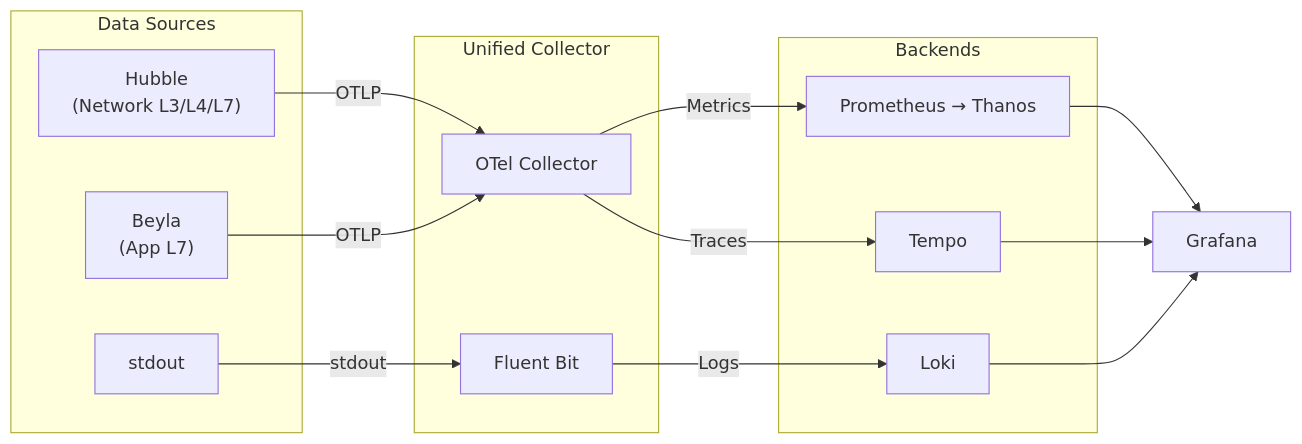
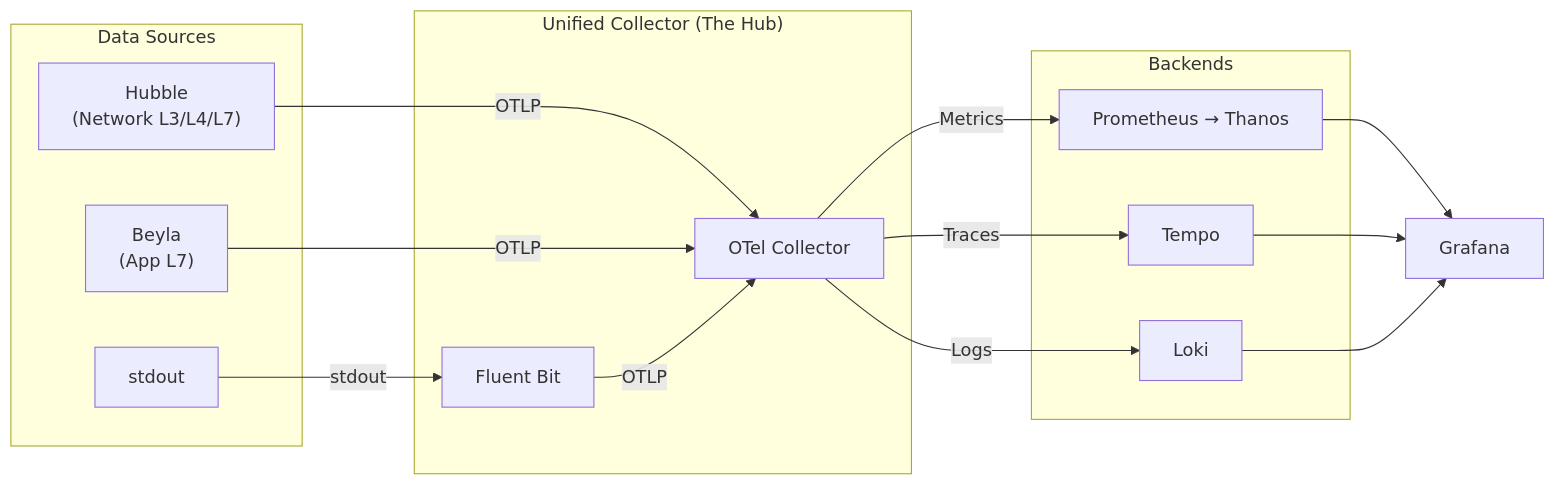
Before and after one commit to panicboat/platform: the second of 3 diagrams in kubernetes/README.md, drawn with Mermaid. The commit also changed other lines of this file and 9 other files, not shown here.

Commit message:
refactor(kubernetes): fluent-bit -> otel-collector -> loki

````diff
--- a/kubernetes/README.md
+++ b/kubernetes/README.md
@@ -70,31 +71,33 @@
 ```mermaid
 flowchart LR
     subgraph Sources["Data Sources"]
         H["Hubble<br/>(Network L3/L4/L7)"]
         B["Beyla<br/>(App L7)"]
         L["stdout"]
     end
 
-    subgraph Collector["Unified Collector"]
+    subgraph Collector["Unified Collector (The Hub)"]
+        FB["Fluent Bit"]
         OTel["OTel Collector"]
-        FB["Fluent Bit"]
     end
 
     subgraph Backends["Backends"]
         P["Prometheus → Thanos"]
         T["Tempo"]
         LO["Loki"]
     end
 
     H -->|OTLP| OTel
     B -->|OTLP| OTel
-    L --> |stdout| FB
+    L -->|stdout| FB
+
+    FB -->|OTLP| OTel
 
     OTel -->|Metrics| P
     OTel -->|Traces| T
-    FB --> |Logs| LO
+    OTel -->|Logs| LO
 
     P --> Grafana
     T --> Grafana
     LO --> Grafana
 ```
````
